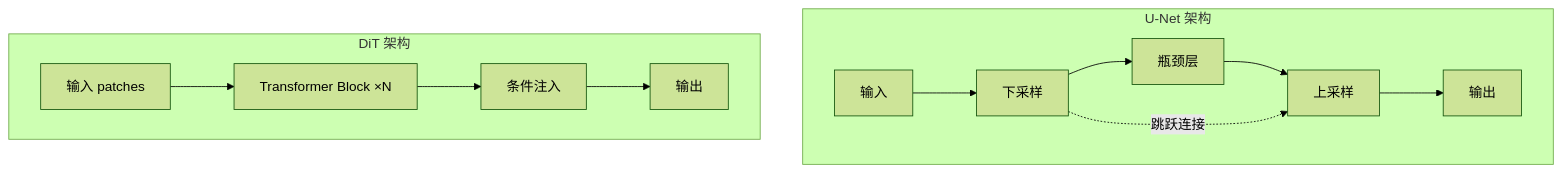
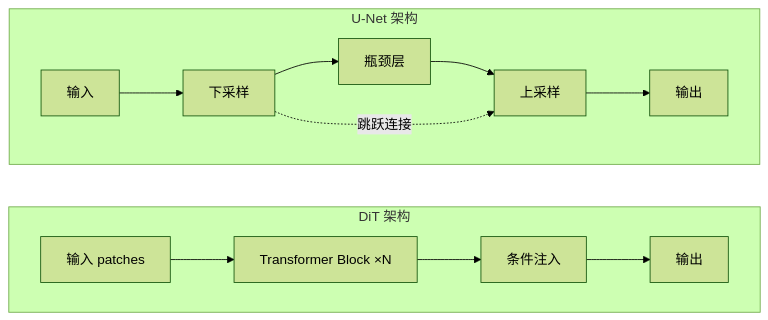
Before and after one commit to chenlhgavin/canvasflow: the sixth of 7 diagrams in site/src/content/image/ai-image-evolution.md, drawn with Mermaid (forest theme). The commit also changed other lines of this file and 3 other files, not shown here.

````diff
--- a/site/src/content/image/ai-image-evolution.md
+++ b/site/src/content/image/ai-image-evolution.md
@@ -204,15 +204,16 @@
 ```mermaid
 graph TB
-    subgraph "U-Net 架构"
+    subgraph unet["U-Net 架构"]
         A1[输入] --> B1[下采样]
         B1 --> C1[瓶颈层]
         C1 --> D1[上采样]
         B1 -.->|跳跃连接| D1
         D1 --> E1[输出]
     end
-    subgraph "DiT 架构"
+    subgraph dit["DiT 架构"]
         A2[输入 patches] --> B2[Transformer Block ×N]
         B2 --> C2[条件注入]
         C2 --> D2[输出]
     end
+    unet ~~~ dit
 ```
````
